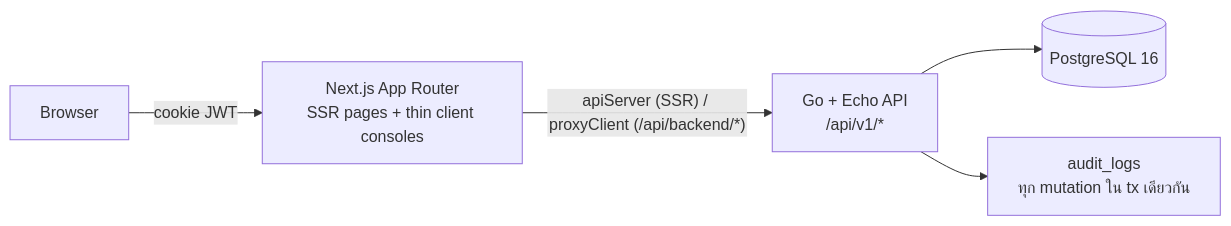
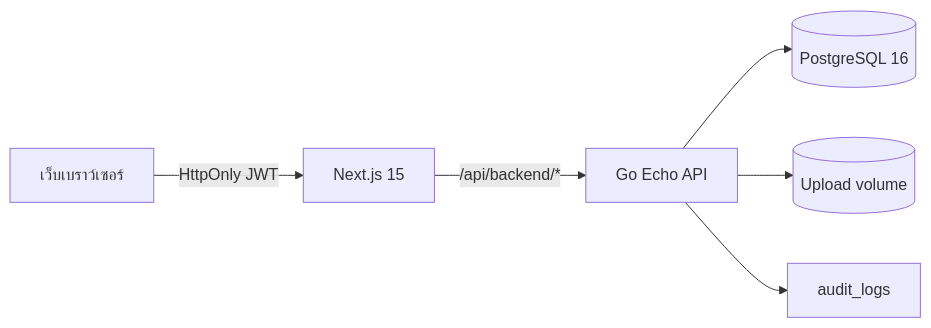
The first of 3 diagrams in docs/SPEC.md (piyawatSritavong/pharmacy-erp), drawn with Mermaid before and after one commit. The commit also changed other lines of this file and 1051 other files, not shown here.

````diff
--- a/docs/SPEC.md
+++ b/docs/SPEC.md
@@ -40,7 +28,8 @@
 ```mermaid
 flowchart LR
-    B[Browser] -->|cookie JWT| FE[Next.js App Router\nSSR pages + thin client consoles]
-    FE -->|"apiServer (SSR) / proxyClient (/api/backend/*)"| BE[Go + Echo API\n/api/v1/*]
-    BE --> DB[(PostgreSQL 16)]
-    BE --> AU[audit_logs\nทุก mutation ใน tx เดียวกัน]
+    Browser[เว็บเบราว์เซอร์] -->|HttpOnly JWT| Next[Next.js 15]
+    Next -->|/api/backend/*| Go[Go Echo API]
+    Go --> DB[(PostgreSQL 16)]
+    Go --> Files[(Upload volume)]
+    Go --> Audit[audit_logs]
 ```
````
